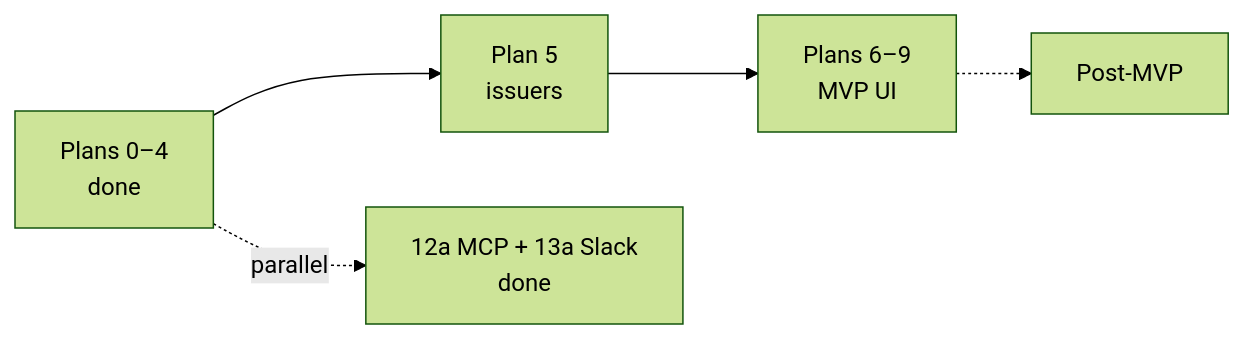
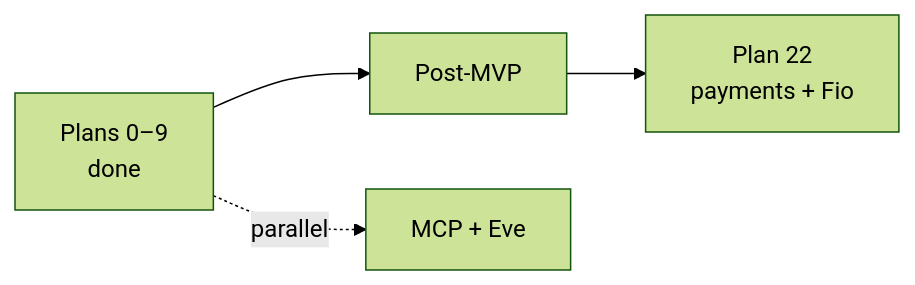
One commit to filipditrich/inveoiceyai changed the second of 2 diagrams in README.md. Above: the diagram before and after it, drawn with Mermaid (forest theme). The commit also changed other lines of this file and 30 other files, not shown here.

````diff
--- a/README.md
+++ b/README.md
@@ -195,7 +191,6 @@
 ```mermaid
 flowchart LR
-    Done["Plans 0–4<br/>done"] --> P5["Plan 5<br/>issuers"]
-    P5 --> MVP["Plans 6–9<br/>MVP UI"]
-    Done -.parallel.-> Auto["12a MCP + 13a Slack<br/>done"]
-    MVP -.-> Post["Post-MVP"]
+    MVP["Plans 0–9<br/>done"] --> Post["Post-MVP"]
+    Post --> P22["Plan 22<br/>payments + Fio"]
+    MVP -.parallel.-> Auto["MCP + Eve"]
 ```
````
